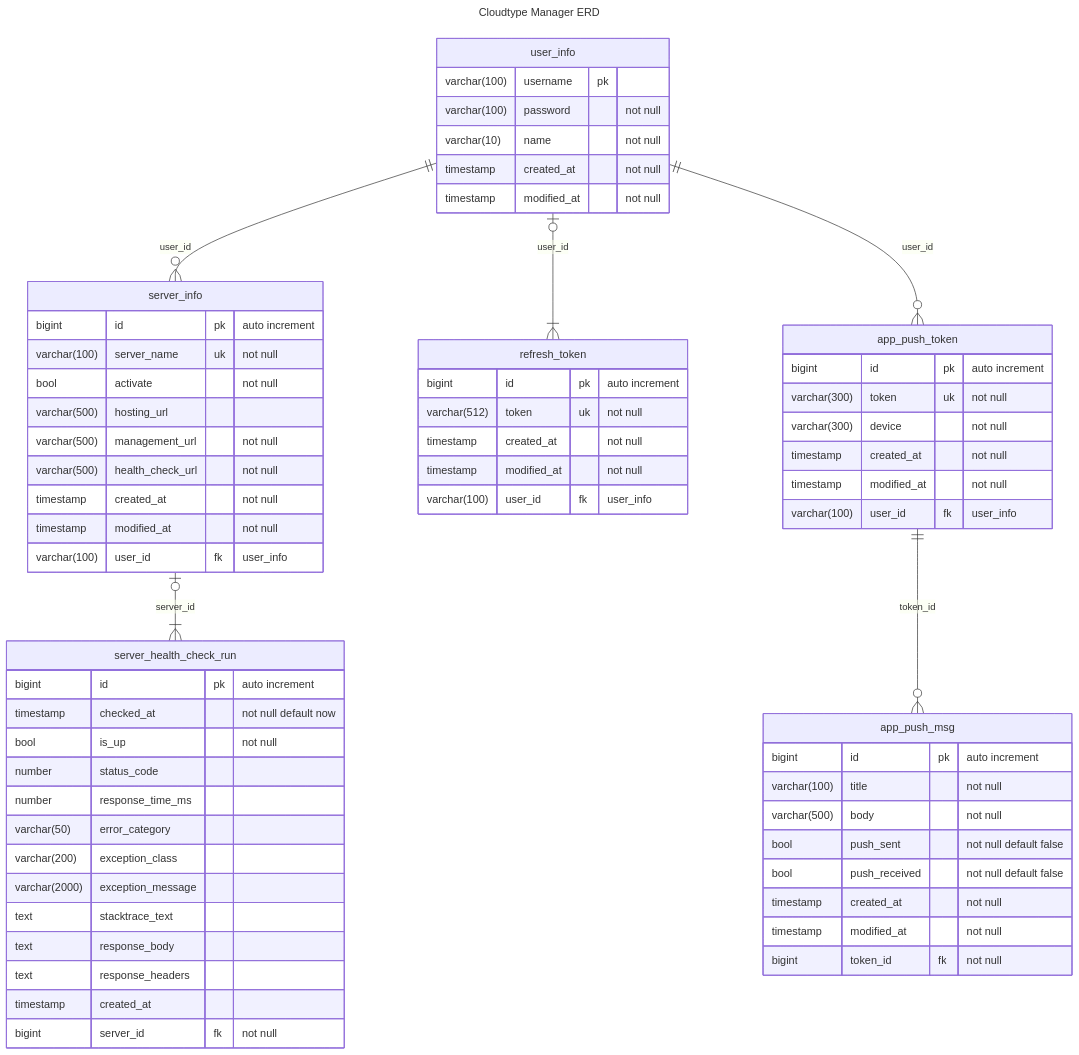
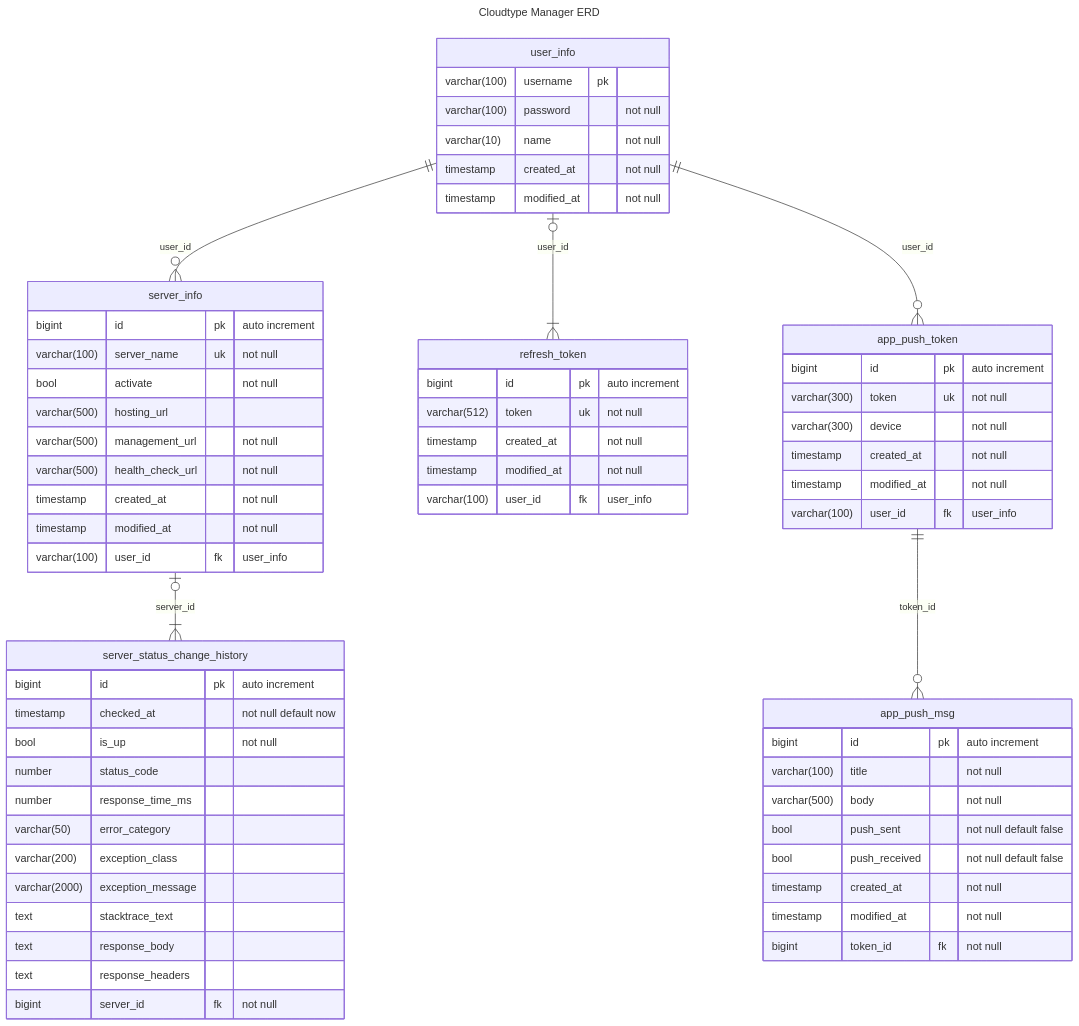
The diagram in cloudtype-manager-api/README.md (GuardJo/cloudtype-manager), drawn with Mermaid before and after one commit. The commit also changed 5 other files, not shown here.

````diff
--- a/cloudtype-manager-api/README.md
+++ b/cloudtype-manager-api/README.md
@@ -26,77 +26,76 @@
 ```mermaid
 ---
 title: Cloudtype Manager ERD
 ---
 erDiagram
     user_info {
 varchar(100) username pk
 varchar(100) password "not null"
 varchar(10) name "not null"
 timestamp created_at "not null"
 timestamp modified_at "not null"
 }
 
 server_info {
 bigint id pk "auto increment"
 varchar(100) server_name uk "not null"
 bool activate "not null"
 varchar(500) hosting_url
 varchar(500) management_url "not null"
 varchar(500) health_check_url "not null"
 timestamp created_at "not null"
 timestamp modified_at "not null"
 varchar(100) user_id fk "user_info"
 }
 
 refresh_token {
 bigint id pk "auto increment"
 varchar(512) token uk "not null"
 timestamp created_at "not null"
 timestamp modified_at "not null"
 varchar(100) user_id fk "user_info"
 }
 
 app_push_token {
 bigint id pk "auto increment"
 varchar(300) token uk "not null"
 varchar(300) device "not null"
 timestamp created_at "not null"
 timestamp modified_at "not null"
 varchar(100) user_id fk "user_info"
 }
 
 app_push_msg {
 bigint id pk "auto increment"
 varchar(100) title "not null"
 varchar(500) body "not null"
 bool push_sent "not null default false"
 bool push_received "not null default false"
 timestamp created_at "not null"
 timestamp modified_at "not null"
 bigint token_id fk "not null"
  }
 
-server_health_check_run {
+server_status_change_history {
 bigint id pk "auto increment"
 timestamp checked_at "not null default now"
 bool is_up "not null"
 number status_code
 number response_time_ms
 varchar(50) error_category
 varchar(200) exception_class
 varchar(2000) exception_message
 text stacktrace_text
 text response_body
 text response_headers
-timestamp created_at
 bigint server_id fk "not null"
-}
+ }
 
 user_info ||--o{ server_info: "user_id"
 user_info o|--|{ refresh_token: "user_id"
 user_info ||--o{ app_push_token: "user_id"
 
 app_push_token ||--o{ app_push_msg: "token_id"
 
-server_info o|--|{ server_health_check_run: "server_id"
+server_info o|--|{ server_status_change_history: "server_id"
 ```
````
